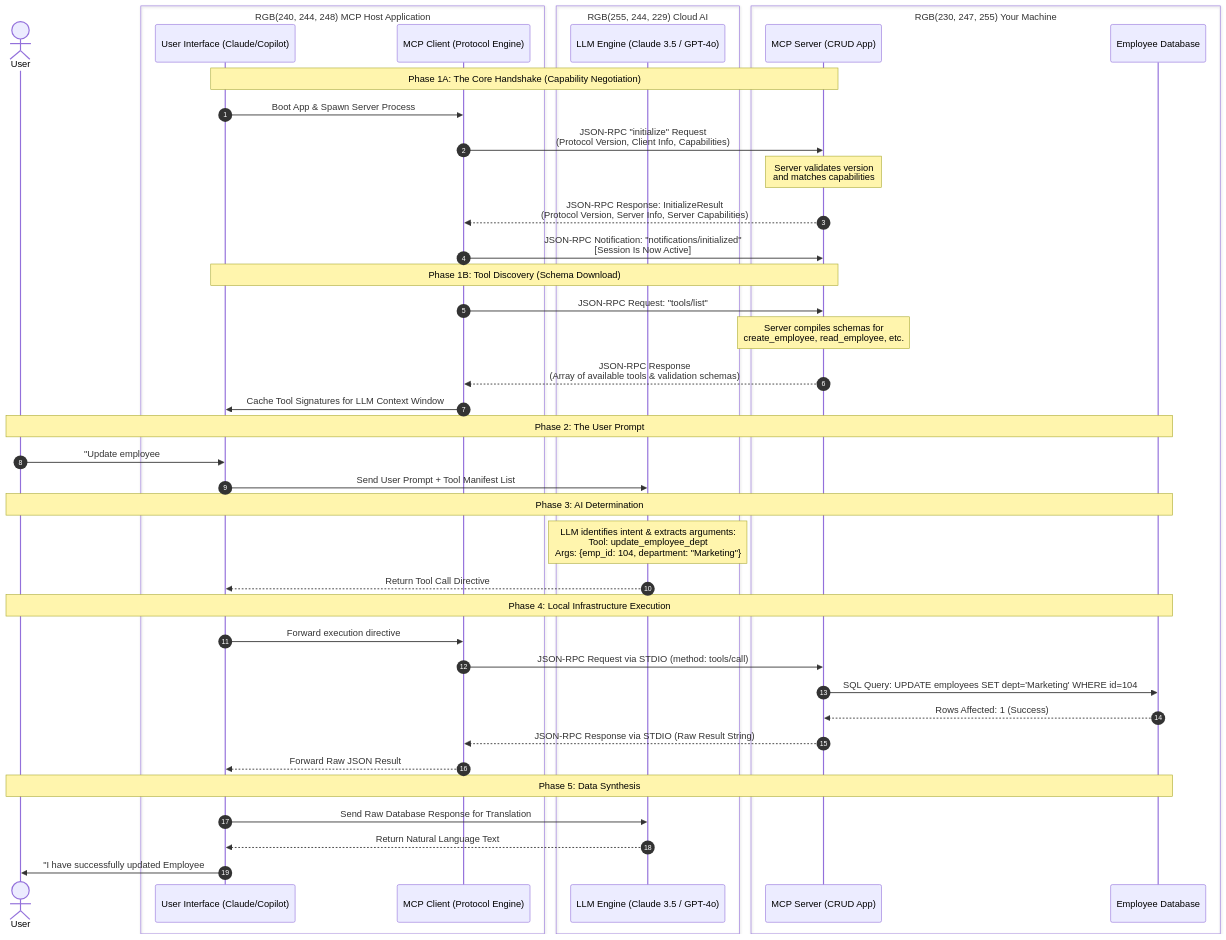
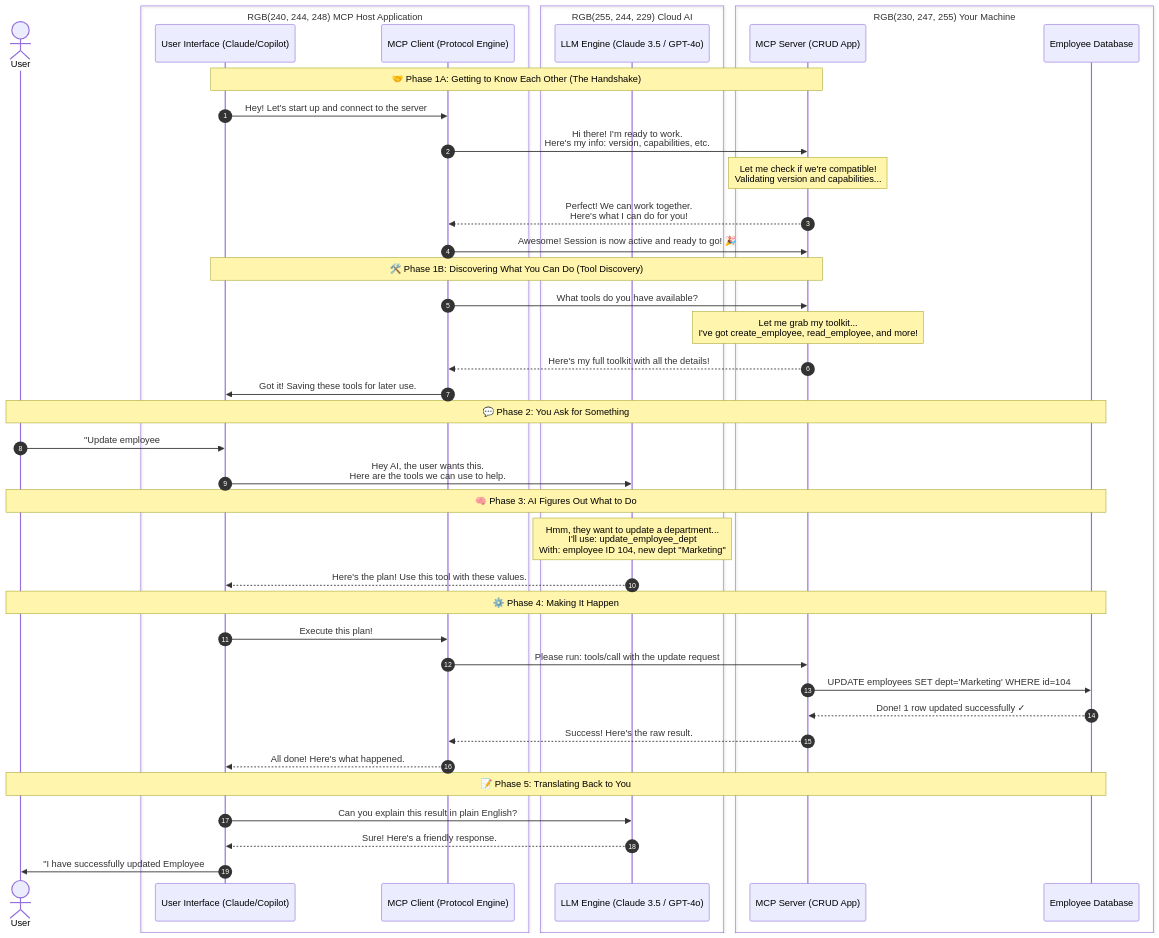
Before and after one commit to MakarandBhoir/mcp: the diagram in ReadMe.md, drawn with Mermaid. The commit also changed 1 other file, not shown here.

Commit message:
Update sequence diagram phases for clarity and detail in ReadMe.md

````diff
--- a/ReadMe.md
+++ b/ReadMe.md
@@ -1,50 +1,50 @@
 ```mermaid
 sequenceDiagram
     autonumber
     actor User
     box RGB(240, 244, 248) MCP Host Application
         participant UI as User Interface (Claude/Copilot)
         participant Client as MCP Client (Protocol Engine)
     end
     box RGB(255, 244, 229) Cloud AI
         participant LLM as LLM Engine (Claude 3.5 / GPT-4o)
     end
     box RGB(230, 247, 255) Your Machine
         participant Server as MCP Server (CRUD App)
         participant DB as Employee Database
     end
 
-    Note over UI, Server: Phase 1A: The Core Handshake (Capability Negotiation)
-    UI->>Client: Boot App & Spawn Server Process
-    Client->>Server: JSON-RPC "initialize" Request<br/>(Protocol Version, Client Info, Capabilities)
-    Note over Server: Server validates version<br/>and matches capabilities
-    Server-->>Client: JSON-RPC Response: InitializeResult<br/>(Protocol Version, Server Info, Server Capabilities)
-    Client->>Server: JSON-RPC Notification: "notifications/initialized"<br/>[Session Is Now Active]
+    Note over UI, Server: 🤝 Phase 1A: Getting to Know Each Other (The Handshake)
+    UI->>Client: Hey! Let's start up and connect to the server
+    Client->>Server: Hi there! I'm ready to work.<br/>Here's my info: version, capabilities, etc.
+    Note over Server: Let me check if we're compatible!<br/>Validating version and capabilities...
+    Server-->>Client: Perfect! We can work together.<br/>Here's what I can do for you!
+    Client->>Server: Awesome! Session is now active and ready to go! 🎉
 
-    Note over UI, Server: Phase 1B: Tool Discovery (Schema Download)
-    Client->>Server: JSON-RPC Request: "tools/list"
-    Note over Server: Server compiles schemas for<br/>create_employee, read_employee, etc.
-    Server-->>Client: JSON-RPC Response<br/>(Array of available tools & validation schemas)
-    Client->>UI: Cache Tool Signatures for LLM Context Window
+    Note over UI, Server: 🛠️ Phase 1B: Discovering What You Can Do (Tool Discovery)
+    Client->>Server: What tools do you have available?
+    Note over Server: Let me grab my toolkit...<br/>I've got create_employee, read_employee, and more!
+    Server-->>Client: Here's my full toolkit with all the details!
+    Client->>UI: Got it! Saving these tools for later use.
 
-    Note over User, DB: Phase 2: The User Prompt
+    Note over User, DB: 💬 Phase 2: You Ask for Something
     User->>UI: "Update employee #104's department to Marketing."
-    UI->>LLM: Send User Prompt + Tool Manifest List
+    UI->>LLM: Hey AI, the user wants this.<br/>Here are the tools we can use to help.
 
-    Note over User, DB: Phase 3: AI Determination
-    Note over LLM: LLM identifies intent & extracts arguments:<br/>Tool: update_employee_dept<br/>Args: {emp_id: 104, department: "Marketing"}
-    LLM-->>UI: Return Tool Call Directive
+    Note over User, DB: 🧠 Phase 3: AI Figures Out What to Do
+    Note over LLM: Hmm, they want to update a department...<br/>I'll use: update_employee_dept<br/>With: employee ID 104, new dept "Marketing"
+    LLM-->>UI: Here's the plan! Use this tool with these values.
 
-    Note over User, DB: Phase 4: Local Infrastructure Execution
-    UI->>Client: Forward execution directive
-    Client->>Server: JSON-RPC Request via STDIO (method: tools/call)
-    Server->>DB: SQL Query: UPDATE employees SET dept='Marketing' WHERE id=104
-    DB-->>Server: Rows Affected: 1 (Success)
-    Server-->>Client: JSON-RPC Response via STDIO (Raw Result String)
-    Client-->>UI: Forward Raw JSON Result
+    Note over User, DB: ⚙️ Phase 4: Making It Happen
+    UI->>Client: Execute this plan!
+    Client->>Server: Please run: tools/call with the update request
+    Server->>DB: UPDATE employees SET dept='Marketing' WHERE id=104
+    DB-->>Server: Done! 1 row updated successfully ✓
+    Server-->>Client: Success! Here's the raw result.
+    Client-->>UI: All done! Here's what happened.
 
-    Note over User, DB: Phase 5: Data Synthesis
-    UI->>LLM: Send Raw Database Response for Translation
-    LLM-->>UI: Return Natural Language Text
-    UI->>User: "I have successfully updated Employee #104 to the Marketing department."
+    Note over User, DB: 📝 Phase 5: Translating Back to You
+    UI->>LLM: Can you explain this result in plain English?
+    LLM-->>UI: Sure! Here's a friendly response.
+    UI->>User: "I have successfully updated Employee #104 to the Marketing department." ✨
 ```
````
